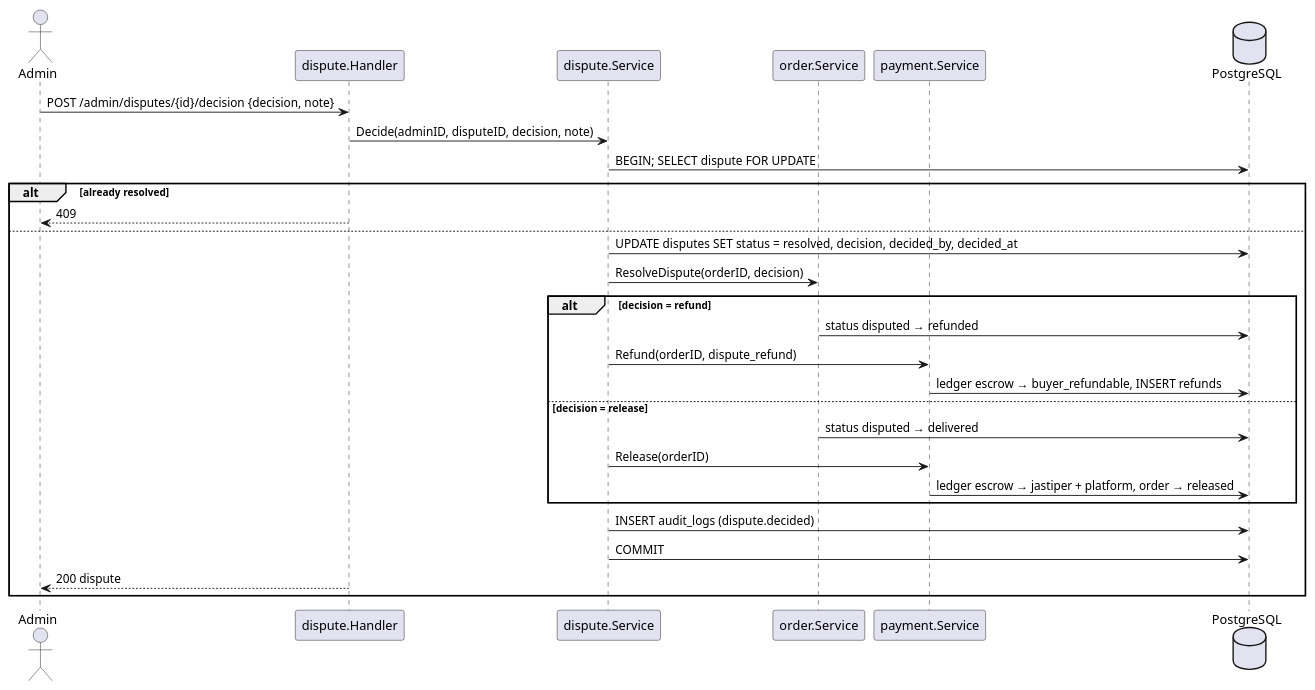
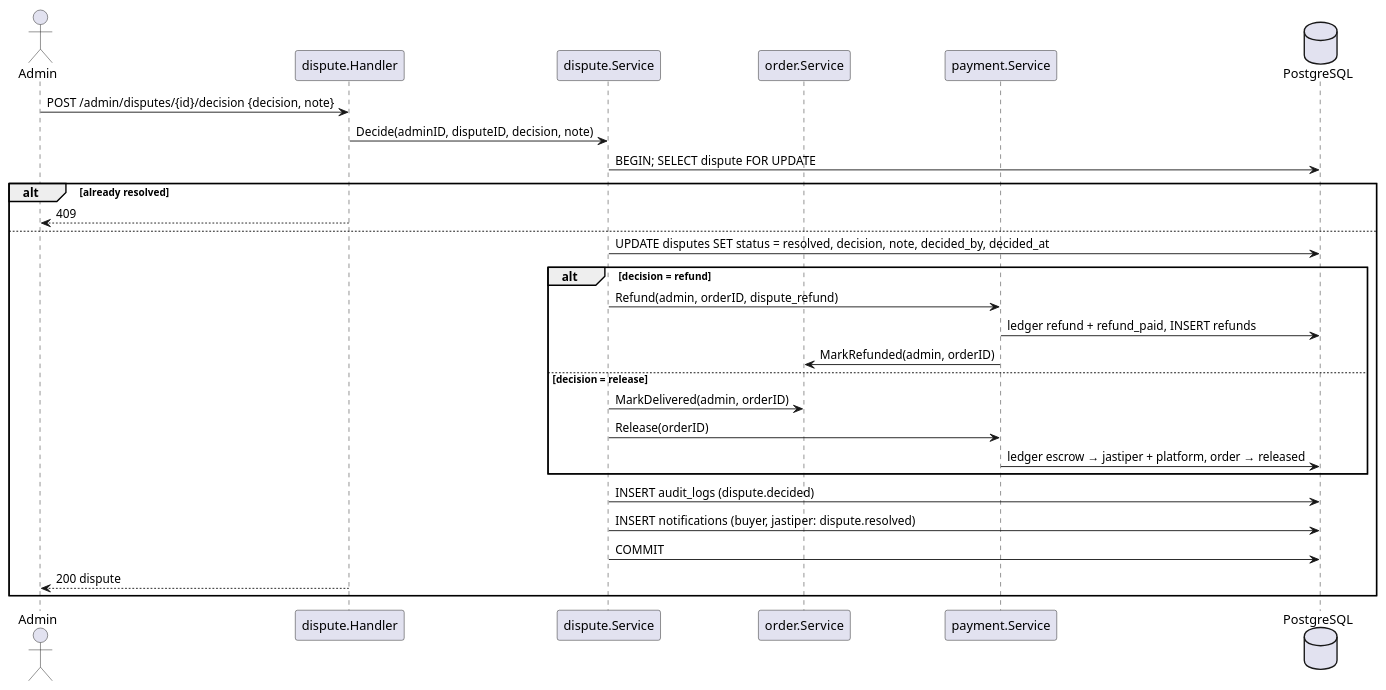
Before and after one commit to Titip-Dong/titipdong-be: the third of 3 diagrams in docs/features/dispute.md, drawn with PlantUML. The commit also changed other lines of this file and 11 other files, not shown here.

````diff
--- a/docs/features/dispute.md
+++ b/docs/features/dispute.md
@@ -176,32 +186,32 @@
 ```plantuml
 @startuml
 actor Admin
 participant "dispute.Handler" as H
 participant "dispute.Service" as S
 participant "order.Service" as O
 participant "payment.Service" as P
 database PostgreSQL as DB
 
 Admin -> H : POST /admin/disputes/{id}/decision {decision, note}
 H -> S : Decide(adminID, disputeID, decision, note)
 S -> DB : BEGIN; SELECT dispute FOR UPDATE
 alt already resolved
   H --> Admin : 409
 else
-  S -> DB : UPDATE disputes SET status = resolved, decision, decided_by, decided_at
-  S -> O : ResolveDispute(orderID, decision)
+  S -> DB : UPDATE disputes SET status = resolved, decision, note, decided_by, decided_at
   alt decision = refund
-    O -> DB : status disputed → refunded
-    S -> P : Refund(orderID, dispute_refund)
-    P -> DB : ledger escrow → buyer_refundable, INSERT refunds
+    S -> P : Refund(admin, orderID, dispute_refund)
+    P -> DB : ledger refund + refund_paid, INSERT refunds
+    P -> O : MarkRefunded(admin, orderID)
   else decision = release
-    O -> DB : status disputed → delivered
+    S -> O : MarkDelivered(admin, orderID)
     S -> P : Release(orderID)
     P -> DB : ledger escrow → jastiper + platform, order → released
   end
   S -> DB : INSERT audit_logs (dispute.decided)
+  S -> DB : INSERT notifications (buyer, jastiper: dispute.resolved)
   S -> DB : COMMIT
   H --> Admin : 200 dispute
 end
 @enduml
 ```
````
